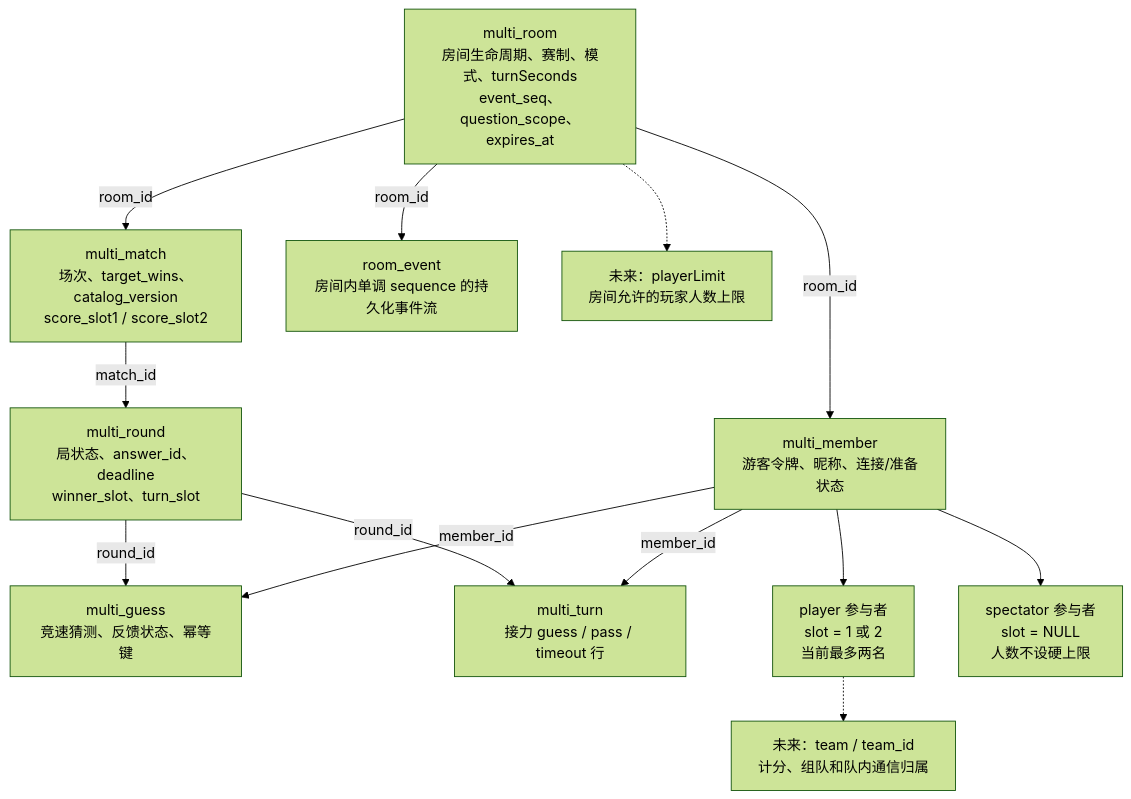
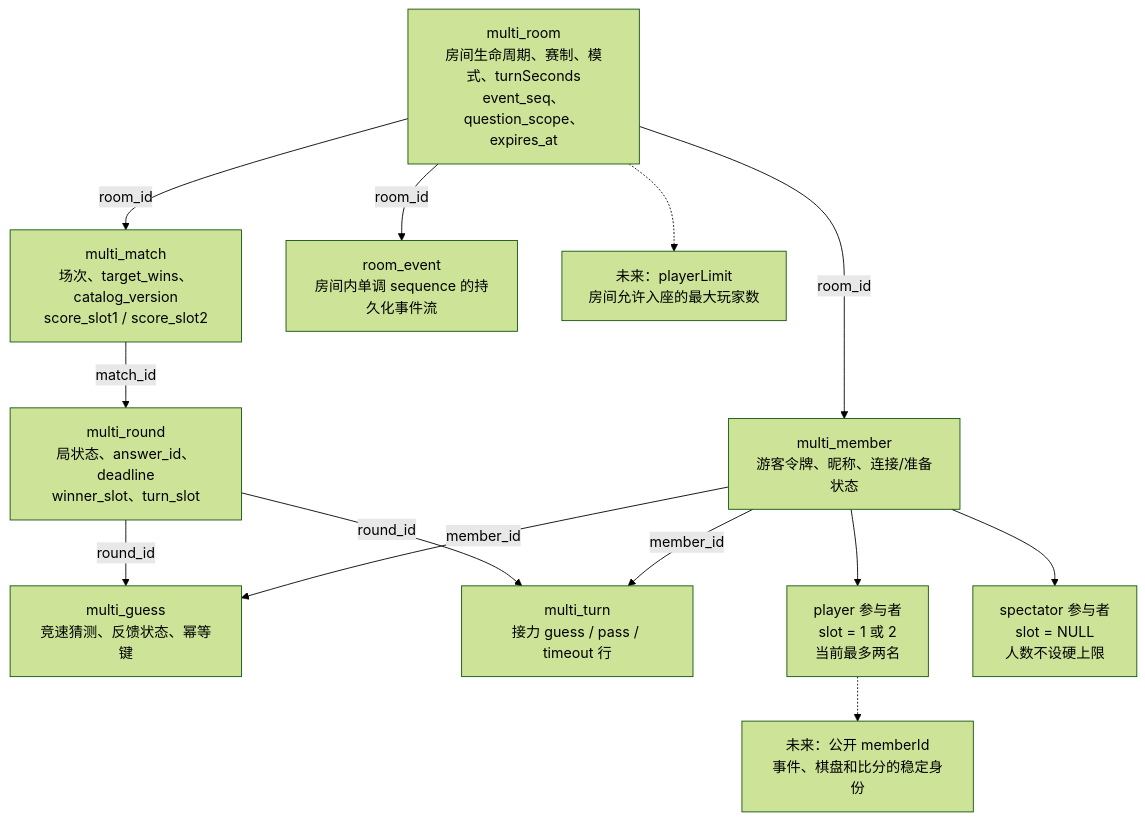
Before and after one commit to jachinzhang1/TouhouFlandre: the first of 6 diagrams in docs/multiplayer-expansion/README.md, drawn with Mermaid (forest theme). The commit also changed other lines of this file and 10 other files, not shown here.

Commit message:
docs(multiplayer): refine expansion roadmap

````diff
--- a/docs/multiplayer-expansion/README.md
+++ b/docs/multiplayer-expansion/README.md
@@ -23,29 +25,29 @@
 ```mermaid
 flowchart TB
     ROOM["multi_room<br/>房间生命周期、赛制、模式、turnSeconds<br/>event_seq、question_scope、expires_at"]
     MEMBER["multi_member<br/>游客令牌、昵称、连接/准备状态"]
     MATCH["multi_match<br/>场次、target_wins、catalog_version<br/>score_slot1 / score_slot2"]
     ROUND["multi_round<br/>局状态、answer_id、deadline<br/>winner_slot、turn_slot"]
     GUESS["multi_guess<br/>竞速猜测、反馈状态、幂等键"]
     TURN["multi_turn<br/>接力 guess / pass / timeout 行"]
     EVENT["room_event<br/>房间内单调 sequence 的持久化事件流"]
 
     ROOM -->|room_id| MEMBER
     ROOM -->|room_id| MATCH
     ROOM -->|room_id| EVENT
     MATCH -->|match_id| ROUND
     ROUND -->|round_id| GUESS
     ROUND -->|round_id| TURN
     MEMBER -->|member_id| GUESS
     MEMBER -->|member_id| TURN
 
     PLAYER["player 参与者<br/>slot = 1 或 2<br/>当前最多两名"]
     SPECTATOR["spectator 参与者<br/>slot = NULL<br/>人数不设硬上限"]
     MEMBER --> PLAYER
     MEMBER --> SPECTATOR
 
-    TEAM["未来：team / team_id<br/>计分、组队和队内通信归属"]
-    LIMIT["未来：playerLimit<br/>房间允许的玩家人数上限"]
-    PLAYER -.-> TEAM
+    ID["未来：公开 memberId<br/>事件、棋盘和比分的稳定身份"]
+    LIMIT["未来：playerLimit<br/>房间允许入座的最大玩家数"]
+    PLAYER -.-> ID
     ROOM -.-> LIMIT
 ```
````
